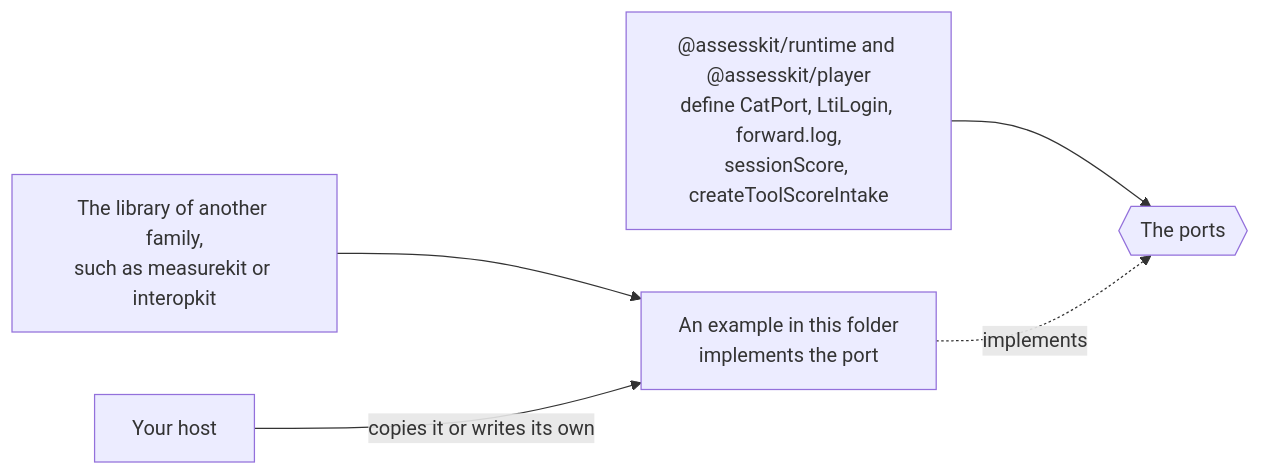
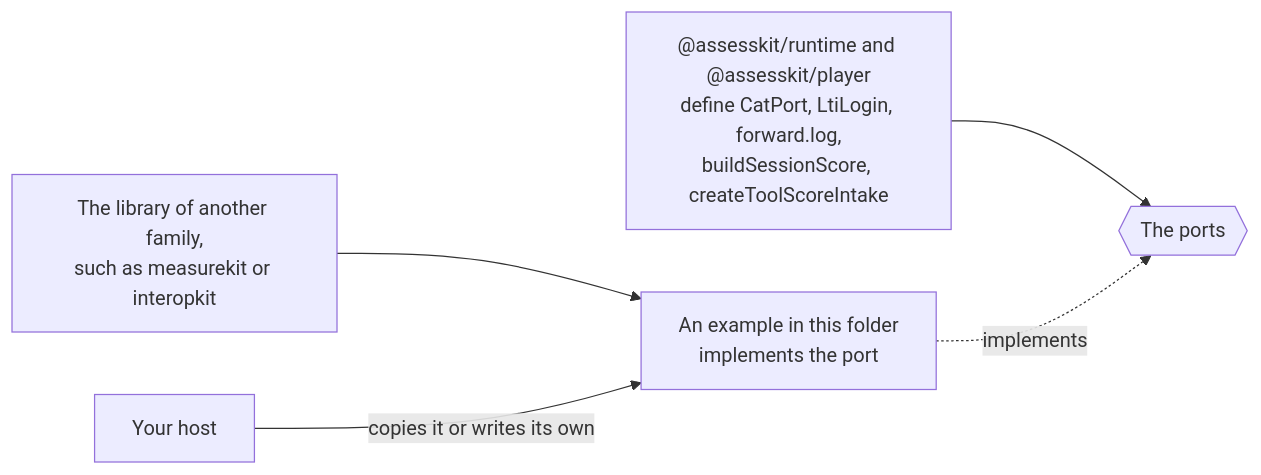
One commit to assesskit/assesskit changed the diagram in examples/player/README.md. Above: the diagram before and after it, drawn with Mermaid. The commit also changed 80 other files, not shown here.

````diff
--- a/examples/player/README.md
+++ b/examples/player/README.md
@@ -5,7 +5,7 @@
 ```mermaid
 flowchart LR
-  runtime["@assesskit/runtime and @assesskit/player<br/>define CatPort, LtiLogin, forward.log,<br/>sessionScore, createToolScoreIntake"] --> port{{"The ports"}}
+  runtime["@assesskit/runtime and @assesskit/player<br/>define CatPort, LtiLogin, forward.log,<br/>buildSessionScore, createToolScoreIntake"] --> port{{"The ports"}}
   example["An example in this folder<br/>implements the port"] -.->|implements| port
   library["The library of another family,<br/>such as measurekit or interopkit"] --> example
   host["Your host"] -->|"copies it or writes its own"| example
 ```
````
